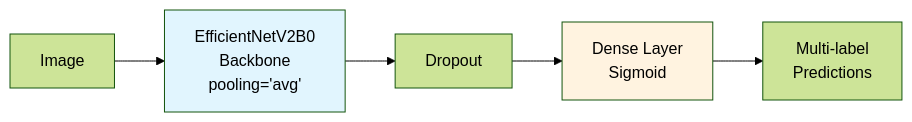
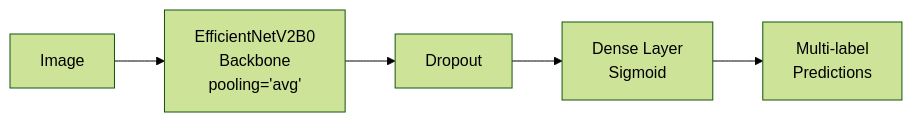
Before and after one commit to merojosa/junk-food-ads-classifiers: the third of 4 diagrams in README.md, drawn with Mermaid (forest theme). The commit also changed other lines of this file, not shown here.

````diff
--- a/README.md
+++ b/README.md
@@ -89,10 +89,8 @@
 ```mermaid
 flowchart LR
     A[Image] --> B["EfficientNetV2B0<br/>Backbone<br/>pooling='avg'"]
     B --> C[Dropout]
     C --> D[Dense Layer<br/>Sigmoid]
     D --> E[Multi-label<br/>Predictions]
 
-    style B fill:#e1f5fe
-    style D fill:#fff3e0
 ```
````
